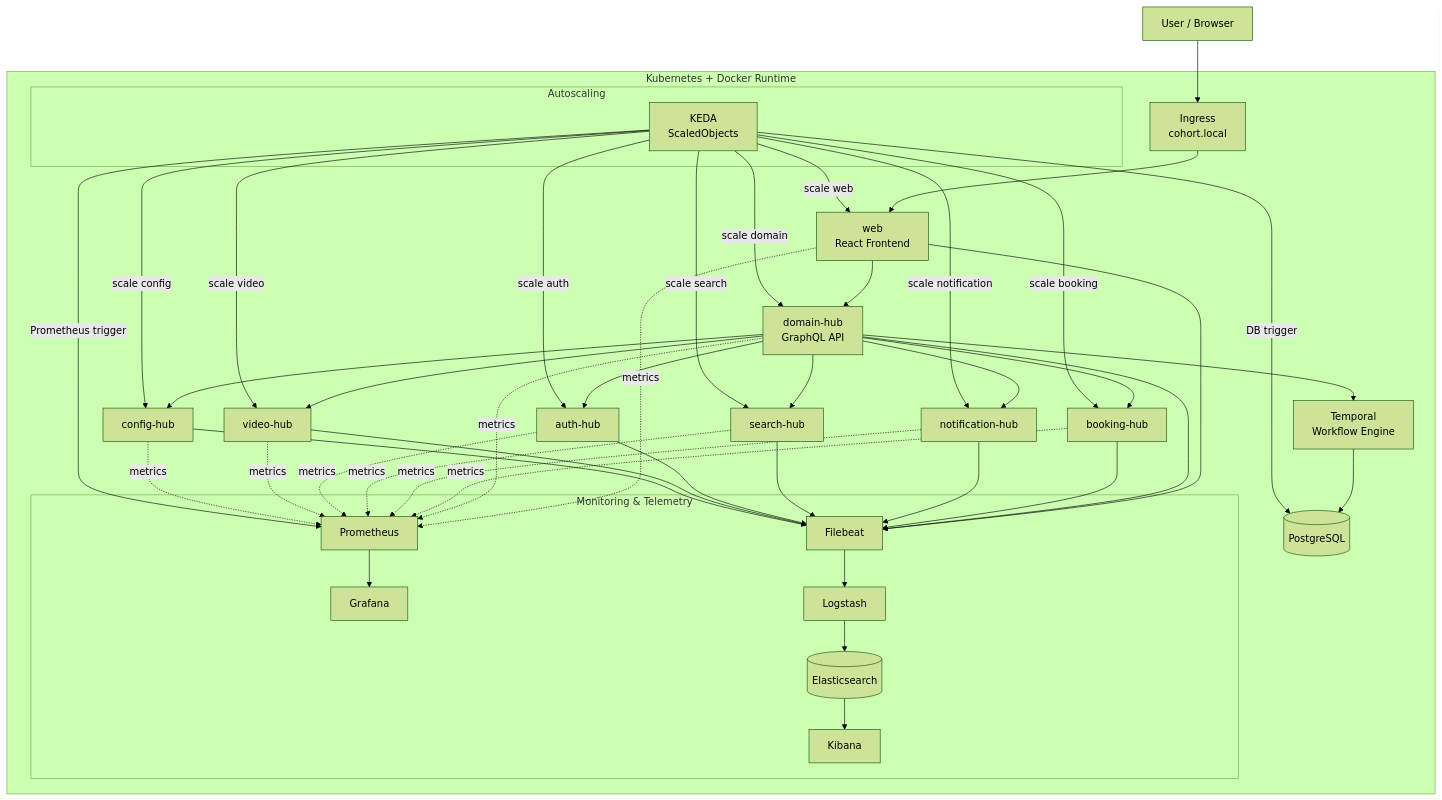
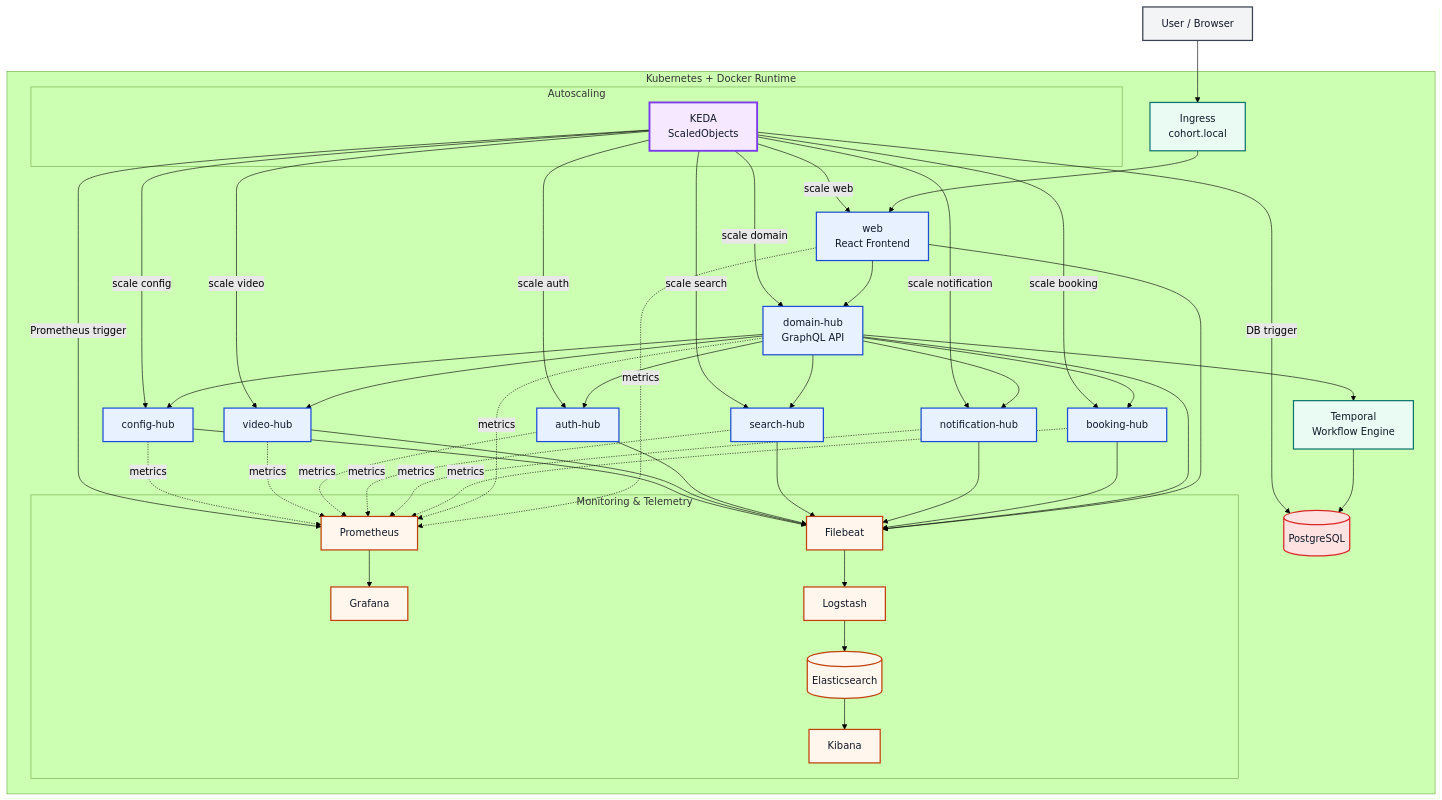
The diagram in README.md (venkatkadiri/Cohort), drawn with Mermaid (forest theme) before and after one commit. The commit also changed other lines of this file, not shown here.

````diff
--- a/README.md
+++ b/README.md
@@ -16,66 +9,73 @@
 ```mermaid
 flowchart TB
-    User[User / Browser] --> Ingress[Ingress<br/>cohort.local]
+    classDef app fill:#E8F1FF,stroke:#1D4ED8,stroke-width:2px,color:#111827;
+    classDef infra fill:#EAFBF3,stroke:#0F766E,stroke-width:2px,color:#111827;
+    classDef telemetry fill:#FFF7ED,stroke:#C2410C,stroke-width:2px,color:#111827;
+    classDef autoscale fill:#F5E8FF,stroke:#7C3AED,stroke-width:3px,color:#111827;
+    classDef db fill:#FEE2E2,stroke:#DC2626,stroke-width:2px,color:#111827;
+    classDef user fill:#F3F4F6,stroke:#374151,stroke-width:2px,color:#111827;
+
+    User[User / Browser]:::user --> Ingress[Ingress<br/>cohort.local]:::infra
 
     subgraph Cluster["Kubernetes + Docker Runtime"]
-        Ingress --> Web[web<br/>React Frontend]
+        Ingress --> Web[web<br/>React Frontend]:::app
 
-        Web --> Domain[domain-hub<br/>GraphQL API]
-        Domain --> Booking[booking-hub]
-        Domain --> Notification[notification-hub]
-        Domain --> Search[search-hub]
-        Domain --> Auth[auth-hub]
-        Domain --> Video[video-hub]
-        Domain --> Config[config-hub]
+        Web --> Domain[domain-hub<br/>GraphQL API]:::app
+        Domain --> Booking[booking-hub]:::app
+        Domain --> Notification[notification-hub]:::app
+        Domain --> Search[search-hub]:::app
+        Domain --> Auth[auth-hub]:::app
+        Domain --> Video[video-hub]:::app
+        Domain --> Config[config-hub]:::app
 
-        Domain --> Temporal[Temporal<br/>Workflow Engine]
-        Temporal --> Postgres[(PostgreSQL)]
+        Domain --> Temporal[Temporal<br/>Workflow Engine]:::infra
+        Temporal --> Postgres[(PostgreSQL)]:::db
 
         subgraph Observability["Monitoring & Telemetry"]
-            Prometheus[Prometheus]
-            Grafana[Grafana]
-            Filebeat[Filebeat]
-            Logstash[Logstash]
-            Elasticsearch[(Elasticsearch)]
-            Kibana[Kibana]
+            Prometheus[Prometheus]:::telemetry
+            Grafana[Grafana]:::telemetry
+            Filebeat[Filebeat]:::telemetry
+            Logstash[Logstash]:::telemetry
+            Elasticsearch[(Elasticsearch)]:::telemetry
+            Kibana[Kibana]:::telemetry
         end
 
         subgraph Autoscaling["Autoscaling"]
-            KEDA[KEDA<br/>ScaledObjects]
+            KEDA[KEDA<br/>ScaledObjects]:::autoscale
         end
 
         Web -. metrics .-> Prometheus
         Domain -. metrics .-> Prometheus
         Booking -. metrics .-> Prometheus
         Notification -. metrics .-> Prometheus
         Search -. metrics .-> Prometheus
         Auth -. metrics .-> Prometheus
         Video -. metrics .-> Prometheus
         Config -. metrics .-> Prometheus
 
         KEDA -->|Prometheus trigger| Prometheus
         KEDA -->|scale web| Web
         KEDA -->|scale domain| Domain
         KEDA -->|scale booking| Booking
         KEDA -->|scale notification| Notification
         KEDA -->|scale search| Search
         KEDA -->|scale auth| Auth
         KEDA -->|scale video| Video
         KEDA -->|scale config| Config
         KEDA -->|DB trigger| Postgres
 
         Web --> Filebeat
         Domain --> Filebeat
         Booking --> Filebeat
         Notification --> Filebeat
         Search --> Filebeat
         Auth --> Filebeat
         Video --> Filebeat
         Config --> Filebeat
 
         Filebeat --> Logstash
         Logstash --> Elasticsearch
         Elasticsearch --> Kibana
         Prometheus --> Grafana
     end
 ```
````
